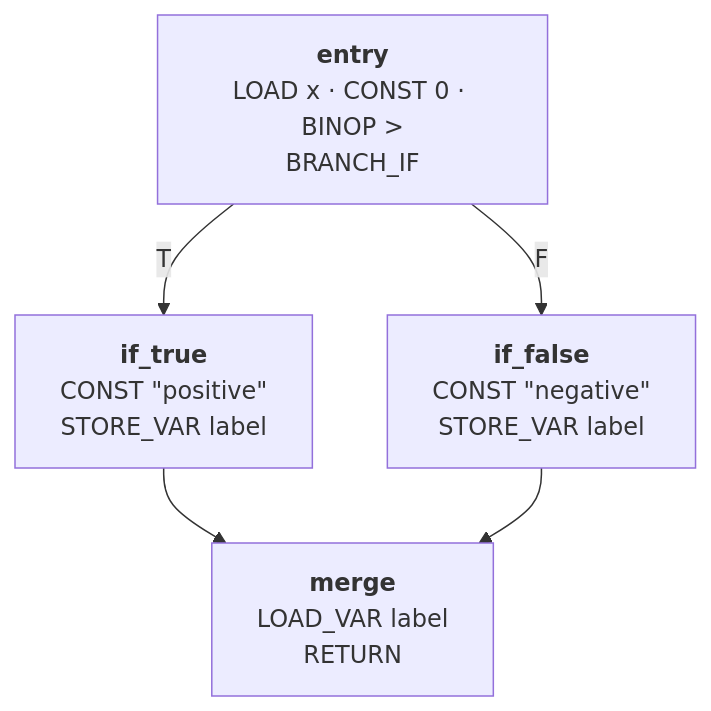
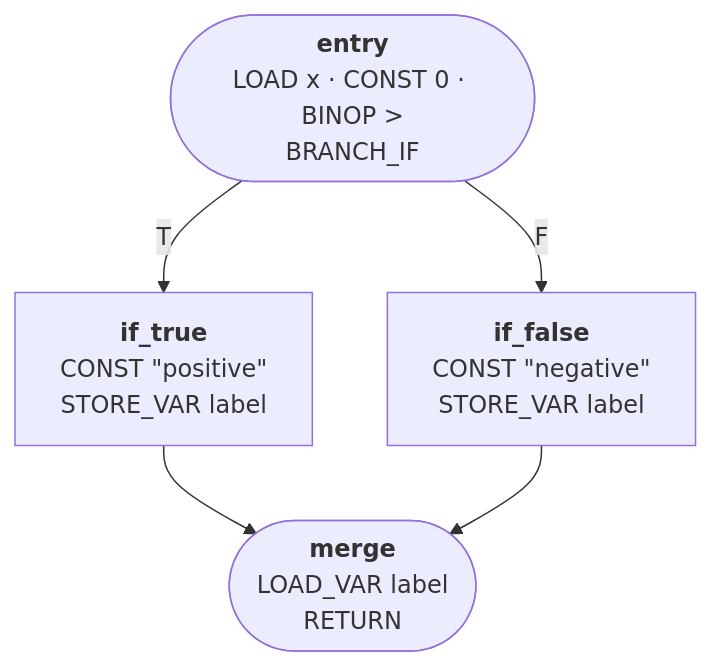
One commit to avishek-sen-gupta/red-dragon changed the second of 3 diagrams in README.md. Above: the diagram before and after it, drawn with Mermaid. The commit also changed other lines of this file and 2 other files, not shown here.

Commit message:
Use conventional flowchart shapes and prune unreachable blocks in Mermaid CFG (710 tests)
Entry and terminal blocks (RETURN/THROW) use stadium shape, BRANCH_IF
blocks use diamond shape, and unreachable dead-code blocks are pruned
via BFS from entry before rendering.

````diff
--- a/README.md
+++ b/README.md
@@ -97,12 +97,12 @@
 ```mermaid
 flowchart TD
-    entry["<b>entry</b><br>LOAD x · CONST 0 · BINOP ><br>BRANCH_IF"]
+    entry(["<b>entry</b><br>LOAD x · CONST 0 · BINOP ><br>BRANCH_IF"])
     if_true["<b>if_true</b><br>CONST &quot;positive&quot;<br>STORE_VAR label"]
     if_false["<b>if_false</b><br>CONST &quot;negative&quot;<br>STORE_VAR label"]
-    merge["<b>merge</b><br>LOAD_VAR label<br>RETURN"]
+    merge(["<b>merge</b><br>LOAD_VAR label<br>RETURN"])
 
     entry -- T --> if_true
     entry -- F --> if_false
     if_true --> merge
     if_false --> merge
 ```
````
